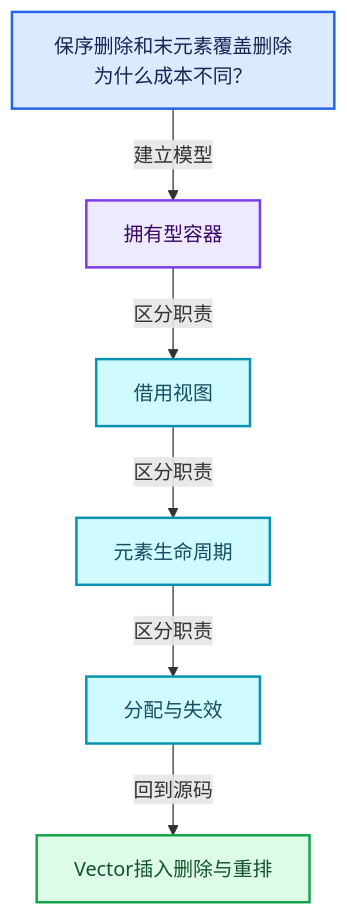
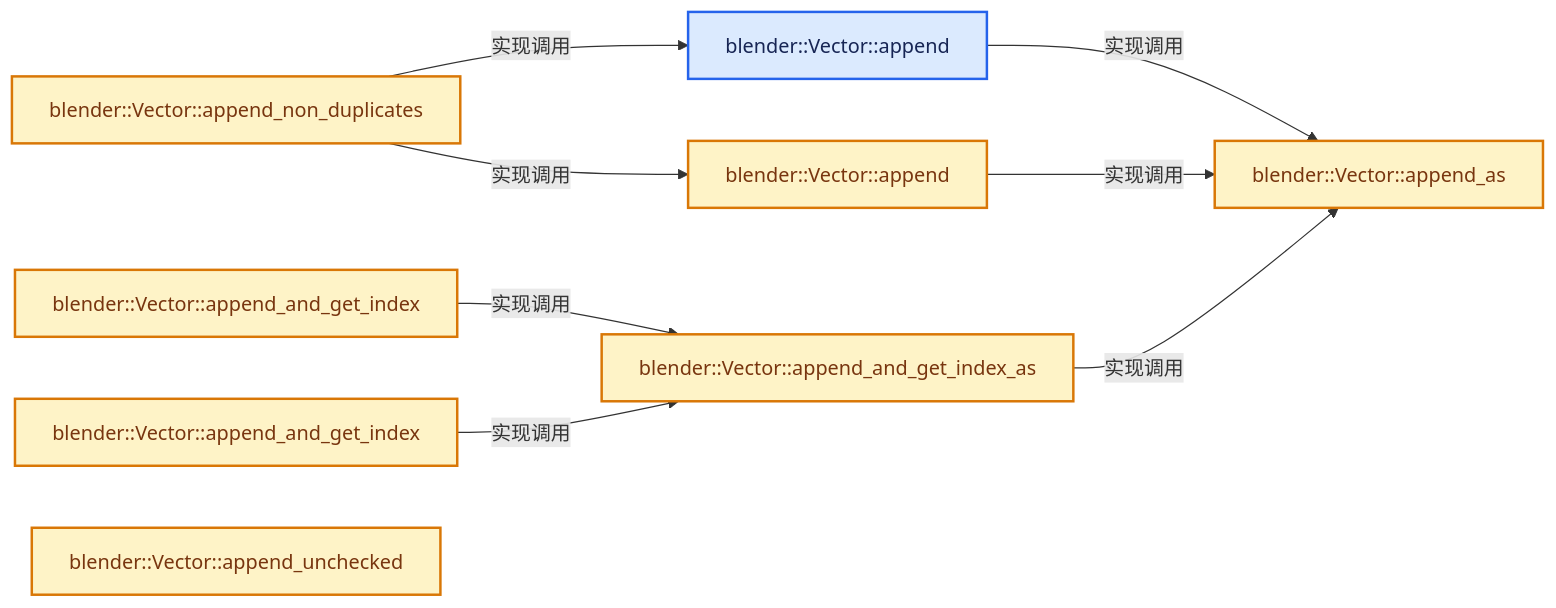
One commit to yunkezengren/blender-.vscode changed the second of 4 diagrams in 杂/markdown/全面学习-codex/01-基础容器与现代CPP/11-Vector插入删除与重排.md. Above: the diagram before and after it, drawn with Mermaid. The commit also changed other lines of this file and 1930 other files, not shown here.

````diff
--- a/杂/markdown/全面学习-codex/01-基础容器与现代CPP/11-Vector插入删除与重排.md
+++ b/杂/markdown/全面学习-codex/01-基础容器与现代CPP/11-Vector插入删除与重排.md
@@ -60,20 +46,24 @@
 ```mermaid
-flowchart TB
-  Q["保序删除和末元素覆盖删除为什么成本不同？"]:::input
-  C0["拥有型容器"]:::abstraction
-  C1["借用视图"]:::data
-  C2["元素生命周期"]:::data
-  C3["分配与失效"]:::data
-  R["Vector插入删除与重排"]:::result
-  Q -->|"建立模型"| C0
-  C0 -->|"区分职责"| C1
-  C1 -->|"区分职责"| C2
-  C2 -->|"区分职责"| C3
-  C3 -->|"回到源码"| R
+flowchart LR
+  F0["blender::Vector::append"]:::input
+  F1["blender::Vector::append"]:::compute
+  F2["blender::Vector::append_as"]:::compute
+  F3["blender::Vector::append_and_get_index"]:::compute
+  F4["blender::Vector::append_and_get_index"]:::compute
+  F5["blender::Vector::append_and_get_index_as"]:::compute
+  F6["blender::Vector::append_non_duplicates"]:::compute
+  F7["blender::Vector::append_unchecked"]:::compute
+  F0 -->|"实现调用"| F2
+  F1 -->|"实现调用"| F2
+  F3 -->|"实现调用"| F5
+  F4 -->|"实现调用"| F5
+  F5 -->|"实现调用"| F2
+  F6 -->|"实现调用"| F0
+  F6 -->|"实现调用"| F1
   classDef input fill:#DBEAFE,stroke:#2563EB,color:#172554,stroke-width:2px;
   classDef data fill:#CFFAFE,stroke:#0891B2,color:#164E63,stroke-width:2px;
   classDef abstraction fill:#EDE9FE,stroke:#7C3AED,color:#3B0764,stroke-width:2px;
   classDef compute fill:#FEF3C7,stroke:#D97706,color:#78350F,stroke-width:2px;
   classDef result fill:#DCFCE7,stroke:#16A34A,color:#14532D,stroke-width:2px;
   classDef error fill:#FEE2E2,stroke:#DC2626,color:#7F1D1D,stroke-width:2px;
 ```
````
